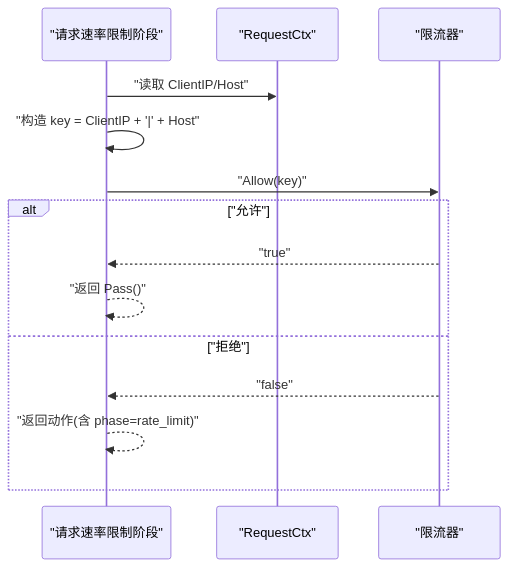
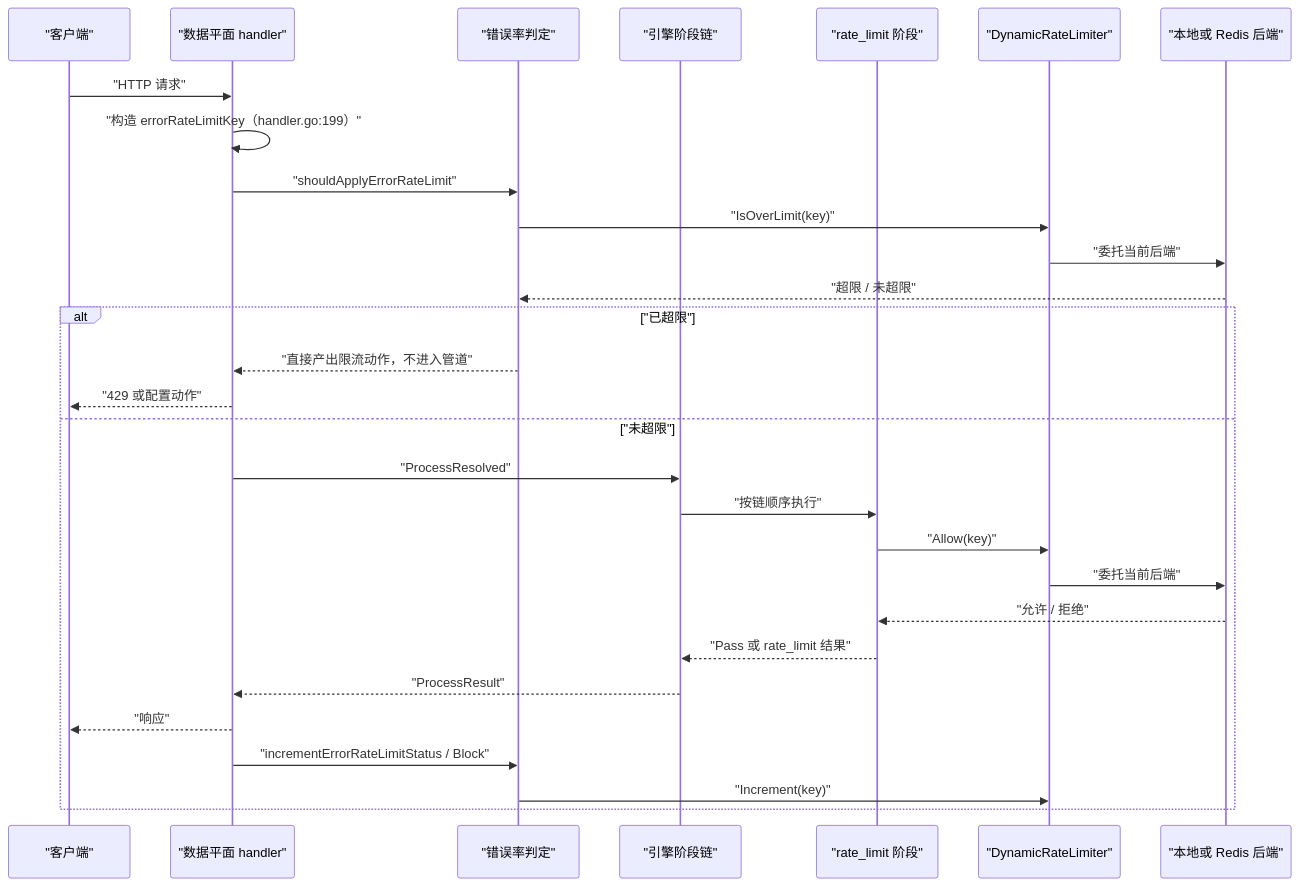
Before and after one commit to x01n/My-OpenWaf: the third of 6 diagrams in docs/安全防护功能/速率限制机制/速率限制机制.md, drawn with Mermaid. The commit also changed other lines of this file and 622 other files, not shown here.

````diff
--- a/docs/安全防护功能/速率限制机制/速率限制机制.md
+++ b/docs/安全防护功能/速率限制机制/速率限制机制.md
@@ -254,16 +264,31 @@
 ```mermaid
 sequenceDiagram
-participant PH as "请求速率限制阶段"
-participant Ctx as "RequestCtx"
-participant RL as "限流器"
-PH->>Ctx : "读取 ClientIP/Host"
-PH->>PH : "构造 key = ClientIP + '|' + Host"
-PH->>RL : "Allow(key)"
-alt "允许"
-RL-->>PH : "true"
-PH-->>PH : "返回 Pass()"
-else "拒绝"
-RL-->>PH : "false"
-PH-->>PH : "返回动作(含 phase=rate_limit)"
-end
+    participant C as "客户端"
+    participant DP as "数据平面 handler"
+    participant SUP as "错误率判定"
+    participant ENG as "引擎阶段链"
+    participant PH as "rate_limit 阶段"
+    participant DYN as "DynamicRateLimiter"
+    participant BE as "本地或 Redis 后端"
+    C->>DP : "HTTP 请求"
+    DP->>DP : "构造 errorRateLimitKey（handler.go:199）"
+    DP->>SUP : "shouldApplyErrorRateLimit"
+    SUP->>DYN : "IsOverLimit(key)"
+    DYN->>BE : "委托当前后端"
+    BE-->>SUP : "超限 / 未超限"
+    alt "已超限"
+        SUP-->>DP : "直接产出限流动作，不进入管道"
+        DP-->>C : "429 或配置动作"
+    else "未超限"
+        DP->>ENG : "ProcessResolved"
+        ENG->>PH : "按链顺序执行"
+        PH->>DYN : "Allow(key)"
+        DYN->>BE : "委托当前后端"
+        BE-->>PH : "允许 / 拒绝"
+        PH-->>ENG : "Pass 或 rate_limit 结果"
+        ENG-->>DP : "ProcessResult"
+        DP-->>C : "响应"
+        DP->>SUP : "incrementErrorRateLimitStatus / Block"
+        SUP->>DYN : "Increment(key)"
+    end
 ```
````
